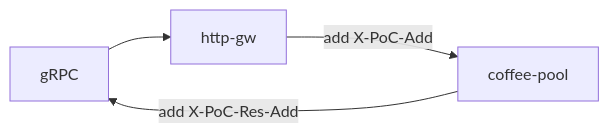
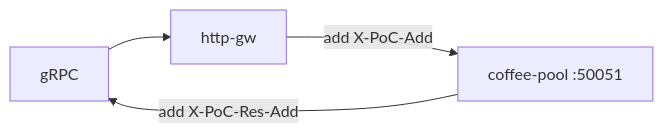
The diagram in Advanced_Feature/3.12_GRPCRoute_Modifiers/README.md (mink0119/2609_f5bnk), drawn with Mermaid before and after one commit. The commit also changed other lines of this file and 80 other files, not shown here.

````diff
--- a/Advanced_Feature/3.12_GRPCRoute_Modifiers/README.md
+++ b/Advanced_Feature/3.12_GRPCRoute_Modifiers/README.md
@@ -5,6 +7,6 @@
 ```mermaid
 flowchart LR
   C[gRPC] --> GW[http-gw]
-  GW -->|add X-PoC-Add| P1[coffee-pool]
+  GW -->|add X-PoC-Add| P1[coffee-pool :50051]
   P1 -->|add X-PoC-Res-Add| C
 ```
````
